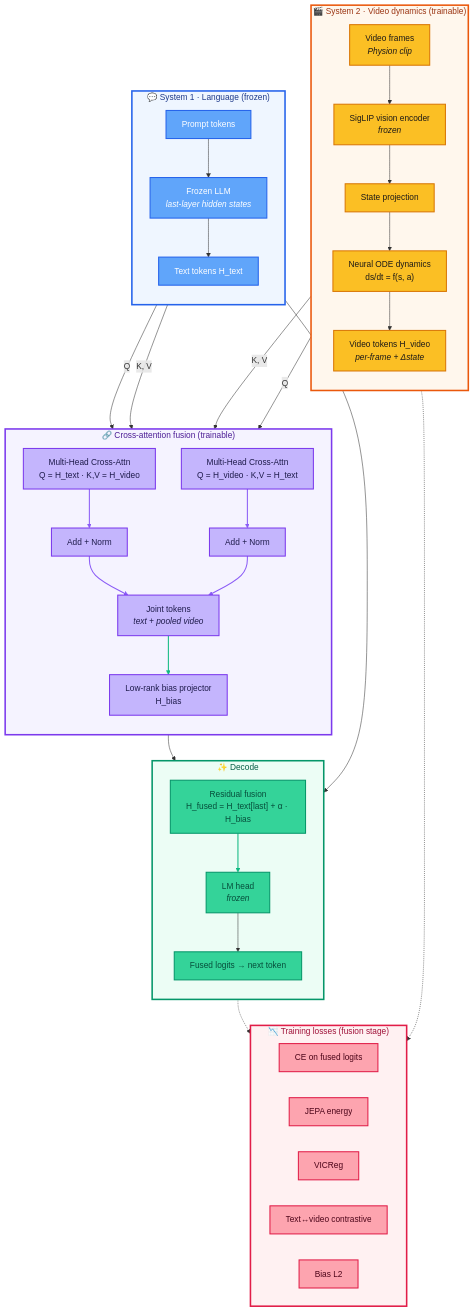
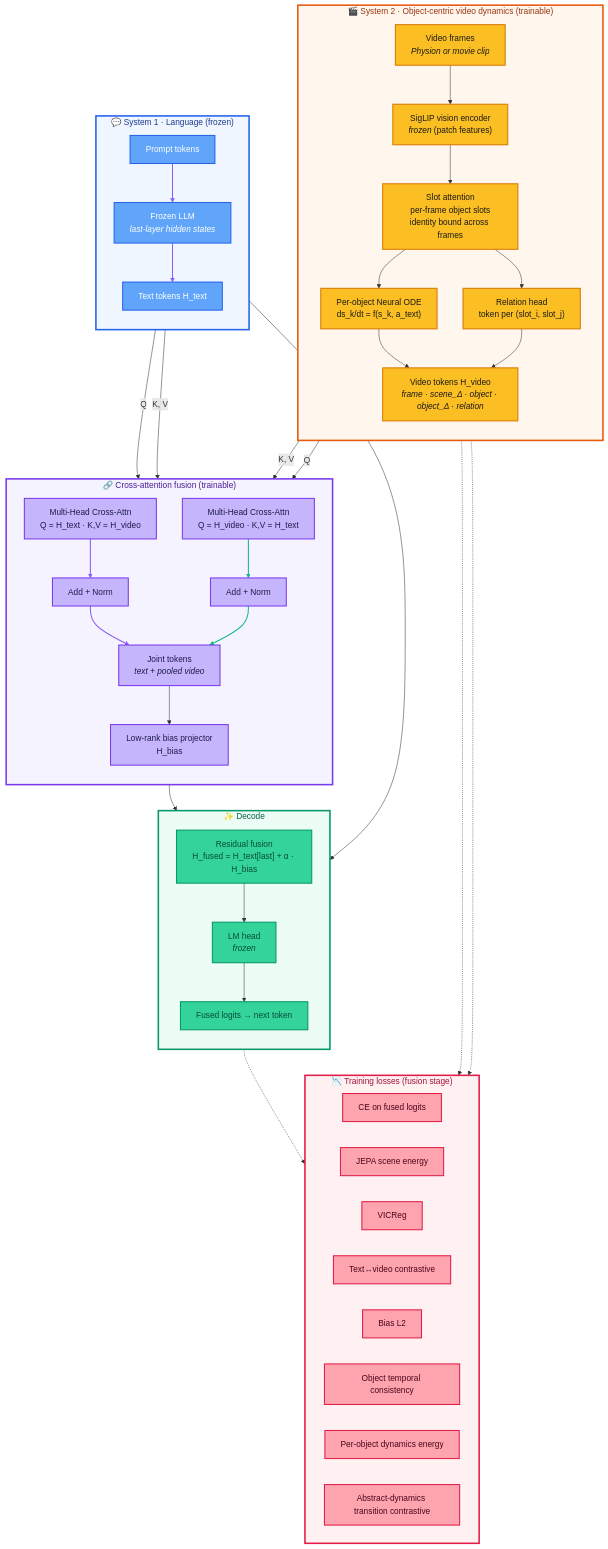
Before and after one commit to Niyath1234/CLIF-GPT: the diagram in README.md, drawn with Mermaid. The commit also changed other lines of this file and 40 other files, not shown here.

````diff
--- a/README.md
+++ b/README.md
@@ -18,13 +38,15 @@
 ```mermaid
 flowchart TB
-  subgraph VIDEO["🎬 System 2 · Video dynamics (trainable)"]
+  subgraph VIDEO["🎬 System 2 · Object-centric video dynamics (trainable)"]
     direction TB
-    VF["Video frames<br/><i>Physion clip</i>"]
-    SIG["SigLIP vision encoder<br/><i>frozen</i>"]
-    PROJ["State projection"]
-    ODE["Neural ODE dynamics<br/>ds/dt = f(s, a)"]
-    VT["Video tokens H_video<br/><i>per-frame + Δstate</i>"]
-    VF --> SIG --> PROJ --> ODE --> VT
+    VF["Video frames<br/><i>Physion or movie clip</i>"]
+    SIG["SigLIP vision encoder<br/><i>frozen</i> (patch features)"]
+    SLOT["Slot attention<br/>per-frame object slots<br/>identity bound across frames"]
+    OBJODE["Per-object Neural ODE<br/>ds_k/dt = f(s_k, a_text)"]
+    REL["Relation head<br/>token per (slot_i, slot_j)"]
+    VT["Video tokens H_video<br/><i>frame · scene_Δ · object · object_Δ · relation</i>"]
+    VF --> SIG --> SLOT --> OBJODE --> VT
+    SLOT --> REL --> VT
   end
 
   subgraph TEXT["💬 System 1 · Language (frozen)"]
@@ -66,14 +88,18 @@
   subgraph LOSS["📉 Training losses (fusion stage)"]
     direction LR
     L1["CE on fused logits"]
-    L2["JEPA energy"]
+    L2["JEPA scene energy"]
     L3["VICReg"]
     L4["Text↔video contrastive"]
     L5["Bias L2"]
+    L6["Object temporal consistency"]
+    L7["Per-object dynamics energy"]
+    L8["Abstract-dynamics transition contrastive"]
   end
 
   LOGITS -.-> LOSS
-  ODE -.-> L2
+  OBJODE -.-> L7
+  SLOT -.-> L6
 
   classDef videoNode fill:#fbbf24,stroke:#d97706,stroke-width:2px,color:#1c1917
   classDef textNode fill:#60a5fa,stroke:#2563eb,stroke-width:2px,color:#ffffff
@@ -81,11 +107,11 @@
   classDef outNode fill:#34d399,stroke:#059669,stroke-width:2px,color:#064e3b
   classDef lossNode fill:#fda4af,stroke:#e11d48,stroke-width:2px,color:#4c0519
 
-  class VF,SIG,PROJ,ODE,VT videoNode
+  class VF,SIG,SLOT,OBJODE,REL,VT videoNode
   class PT,LLM,HT textNode
   class CA1,N1,CA2,N2,JOINT,BIAS fusionNode
   class FUSE,HEAD,LOGITS outNode
-  class L1,L2,L3,L4,L5 lossNode
+  class L1,L2,L3,L4,L5,L6,L7,L8 lossNode
 
   style VIDEO fill:#fff7ed,stroke:#ea580c,stroke-width:3px,color:#9a3412
   style TEXT fill:#eff6ff,stroke:#2563eb,stroke-width:3px,color:#1e3a8a
````
